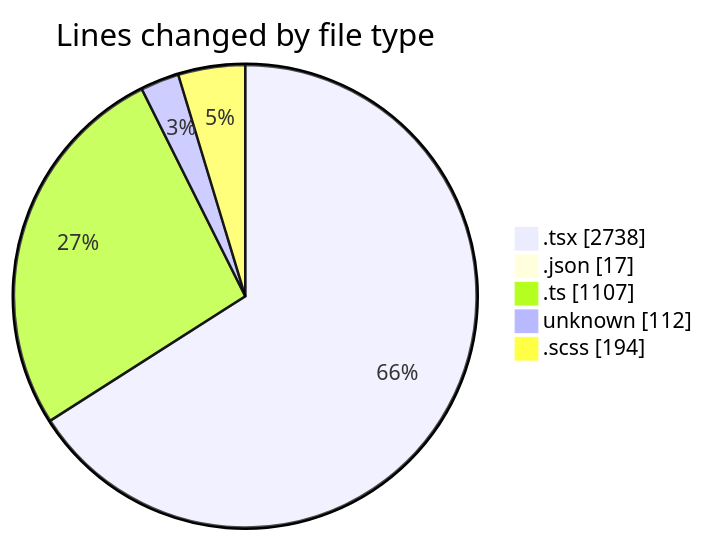
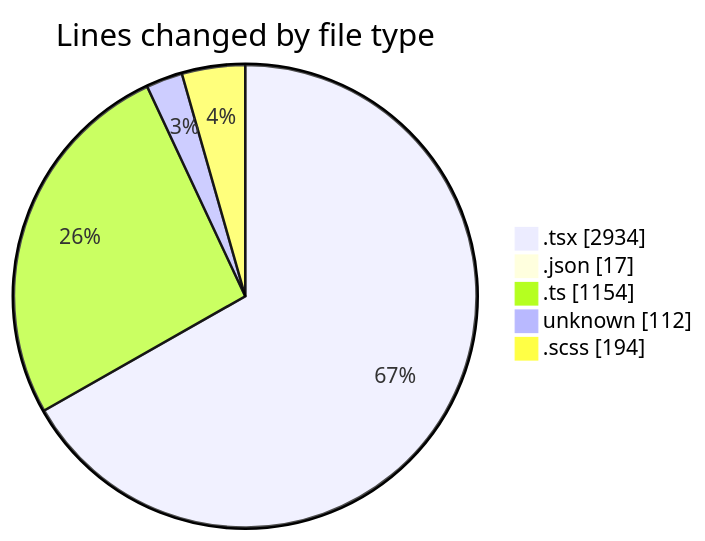
The first of 2 diagrams in 2026-04-30/cda/README.md (momahboobian/code-tracking), drawn with Mermaid before and after one commit. The commit also changed other lines of this file and 1 other file, not shown here.

````diff
--- a/2026-04-30/cda/README.md
+++ b/2026-04-30/cda/README.md
@@ -55,9 +57,9 @@
 ```mermaid
 pie showData
 title Lines changed by file type
-".tsx" : 2738
+".tsx" : 2934
 ".json" : 17
-".ts" : 1107
+".ts" : 1154
 "unknown" : 112
 ".scss" : 194
 ```
````
